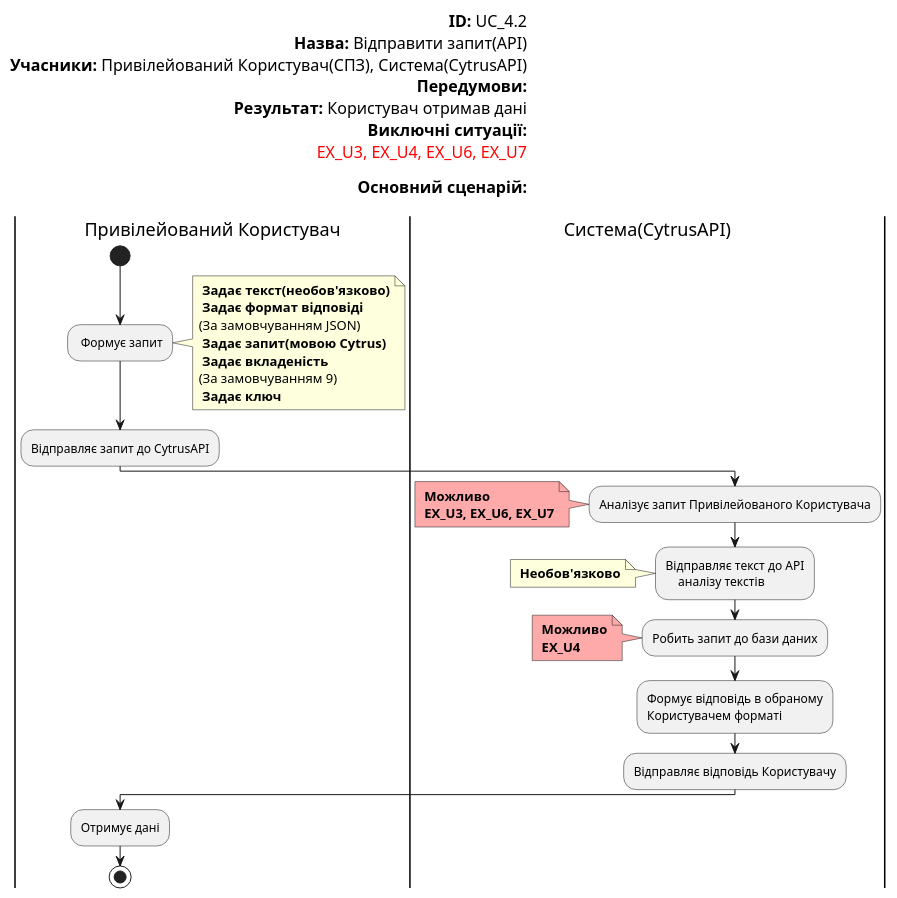
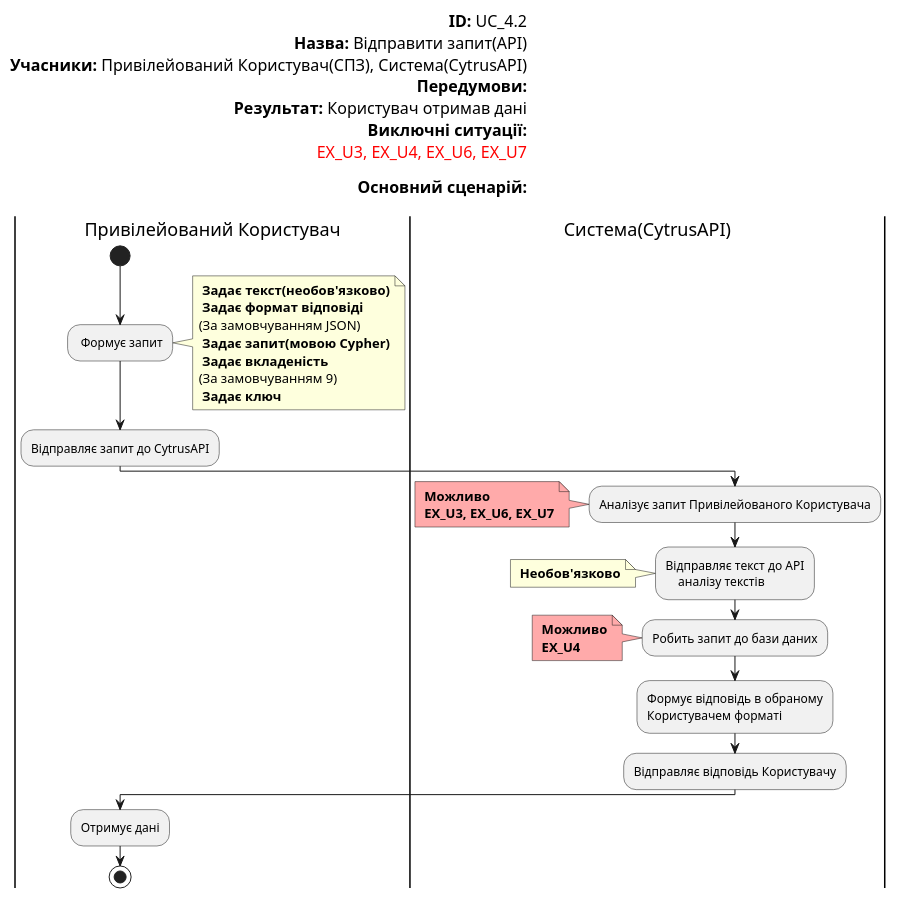
The diagram in doc/uml/UC_4.2.puml (NeProgramist/Cytrus), drawn with PlantUML before and after one commit.

Commit message:
minor fix

```diff
--- a/doc/uml/UC_4.2.puml
+++ b/doc/uml/UC_4.2.puml
@@ -1,61 +1,61 @@
 @startuml
 
 left header
 <font color=000 size=16><b>ID:</b> UC_4.2
 <font color=000 size=16><b>Назва:</b> Відправити запит(API)
 <font color=000 size=16><b>Учасники:</b> Привілейований Користувач(СПЗ), Система(CytrusAPI)
 <font color=000 size=16><b>Передумови:</b>
 <font color=000 size=16><b>Результат:</b> Користувач отримав дані
 <font color=000 size=16><b>Виключні ситуації:</b>
 <font color=red size=16>EX_U3, EX_U4, EX_U6, EX_U7
 
 <font color=000 size=16><b>Основний сценарій:</b>
 
 end header
 
 |Привілейований Користувач|
 start
 : Формує запит;
 note right
 <b> Задає текст(необов'язково)
 <b> Задає формат відповіді
 (За замовчуванням JSON)
-<b> Задає запит(мовою Cytrus)
+<b> Задає запит(мовою Cypher)
 <b> Задає вкладеність
 (За замовчуванням 9)
 <b> Задає ключ
 end note
 
 :Відправляє запит до CytrusAPI;
 
 |Система(CytrusAPI)|
 :Аналізує запит Привілейованого Користувача;
 note left #ffaaaa
 <b> Можливо
 <b> EX_U3, EX_U6, EX_U7
 end note
 
 :Відправляє текст до API
     аналізу текстів;
 note left
 <b> Необов'язково
 end note
 
 :Робить запит до бази даних;
 note left #ffaaaa
 <b> Можливо
 <b> EX_U4
 end note
 
 :Формує відповідь в обраному
 Користувачем форматі;
 
 :Відправляє відповідь Користувачу;
 
 
 |Привілейований Користувач|
 :Отримує дані;
 stop;
 
 
 @enduml
```
